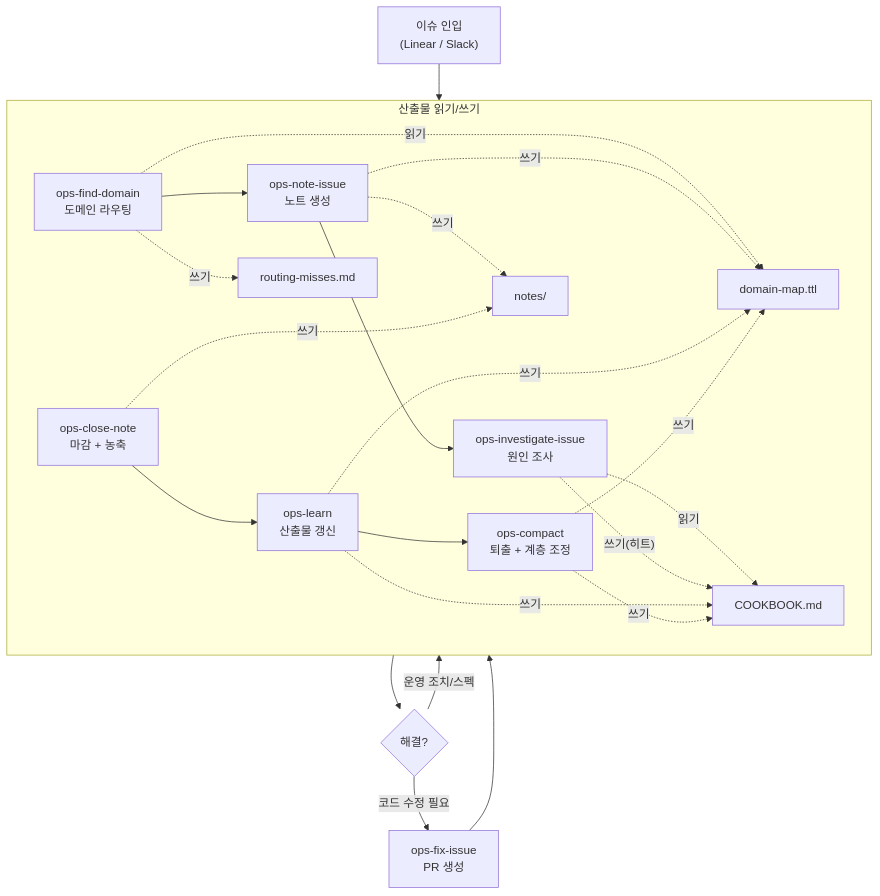
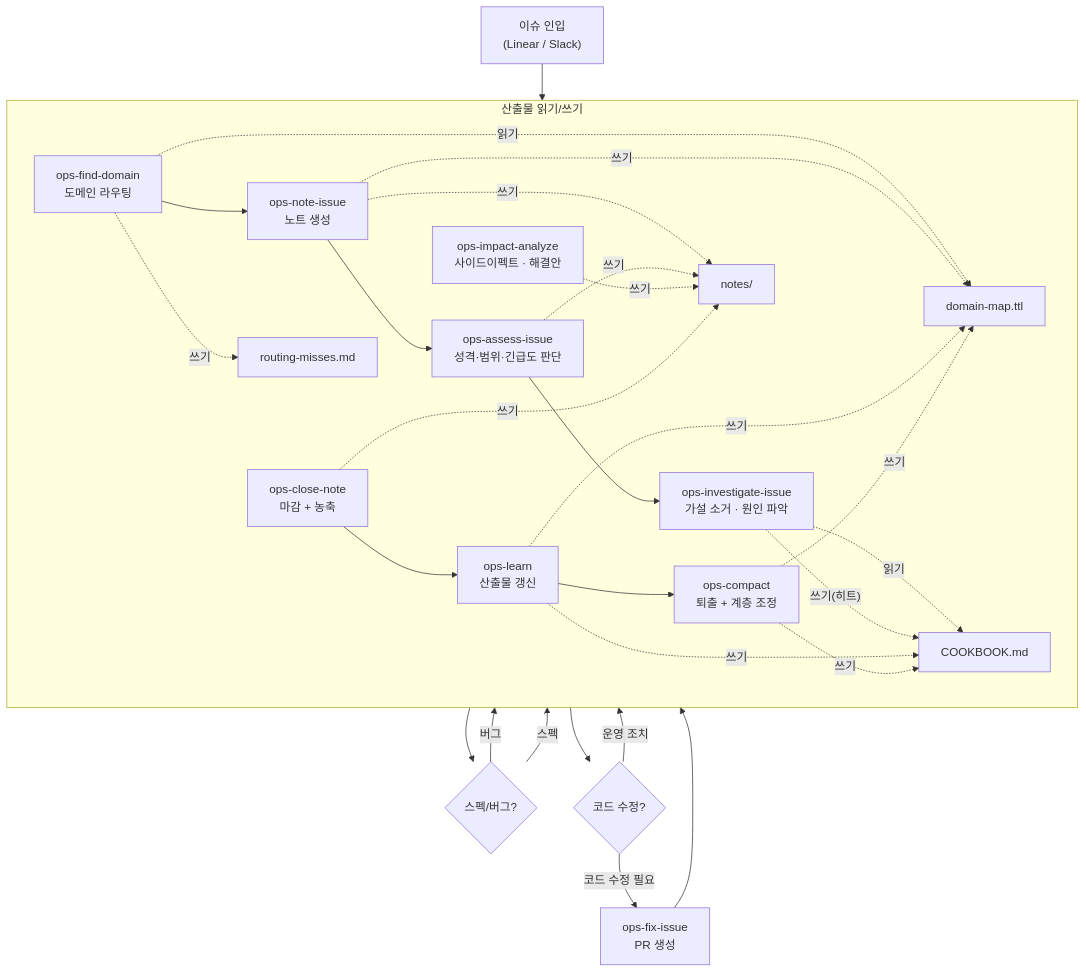
One commit to flex-team/flex-oncall changed the first of 4 diagrams in brain/README.md. Above: the diagram before and after it, drawn with Mermaid. The commit also changed other lines of this file and 7 other files, not shown here.

````diff
--- a/brain/README.md
+++ b/brain/README.md
@@ -26,27 +26,33 @@
 ```mermaid
 flowchart TD
     A["이슈 인입<br/>(Linear / Slack)"] --> B["ops-find-domain<br/>도메인 라우팅"]
     B --> C["ops-note-issue<br/>노트 생성"]
-    C --> D["ops-investigate-issue<br/>원인 조사"]
-    D --> E{"해결?"}
+    C --> AS["ops-assess-issue<br/>성격·범위·긴급도 판단"]
+    AS --> D["ops-investigate-issue<br/>가설 소거 · 원인 파악"]
+    D --> V{"스펙/버그?"}
+    V -- "버그" --> IA["ops-impact-analyze<br/>사이드이펙트 · 해결안"]
+    IA --> E{"코드 수정?"}
+    V -- "스펙" --> G
     E -- "코드 수정 필요" --> F["ops-fix-issue<br/>PR 생성"]
     F --> G["ops-close-note<br/>마감 + 농축"]
-    E -- "운영 조치/스펙" --> G
+    E -- "운영 조치" --> G
     G --> H["ops-learn<br/>산출물 갱신"]
     H --> I["ops-compact<br/>퇴출 + 계층 조정"]
 
     subgraph 산출물 읽기/쓰기
         direction LR
         B -. "읽기" .-> DM["domain-map.ttl"]
         B -. "쓰기" .-> RM["routing-misses.md"]
         C -. "쓰기" .-> DM
         C -. "쓰기" .-> NT["notes/"]
+        AS -. "쓰기" .-> NT
         D -. "읽기" .-> CB["COOKBOOK.md"]
         D -. "쓰기(히트)" .-> CB
+        IA -. "쓰기" .-> NT
         G -. "쓰기" .-> NT
         H -. "쓰기" .-> DM
         H -. "쓰기" .-> CB
         I -. "쓰기" .-> DM
         I -. "쓰기" .-> CB
     end
 ```
````
